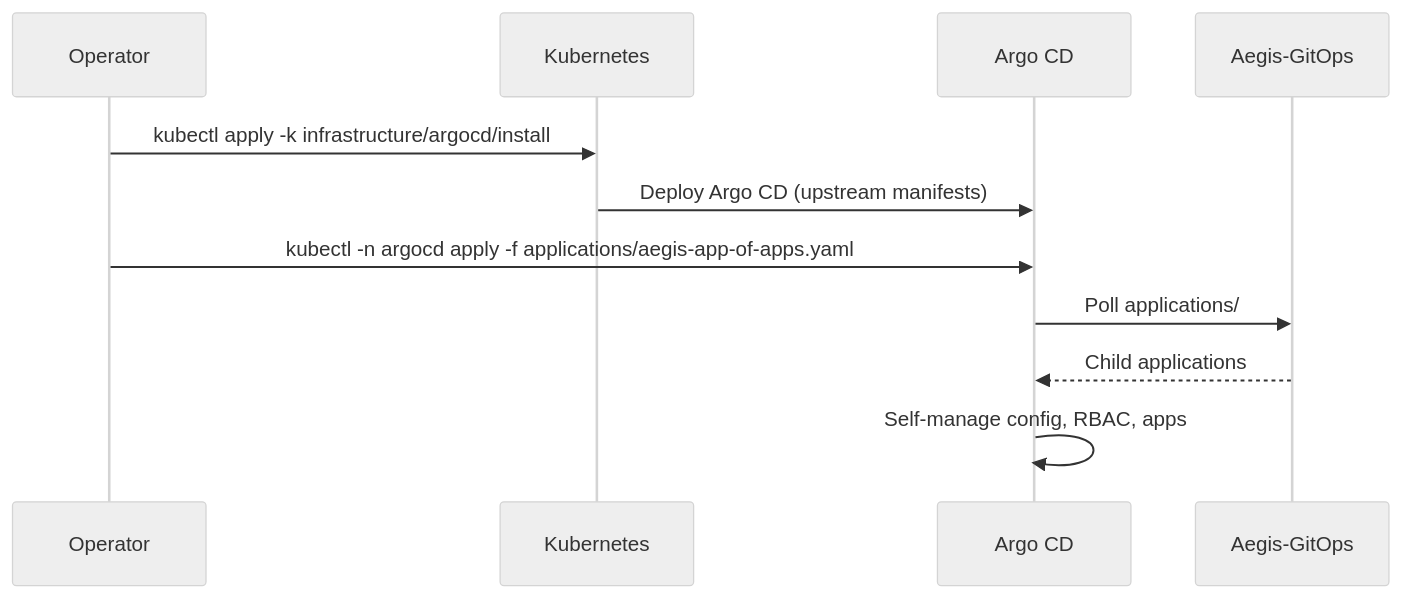
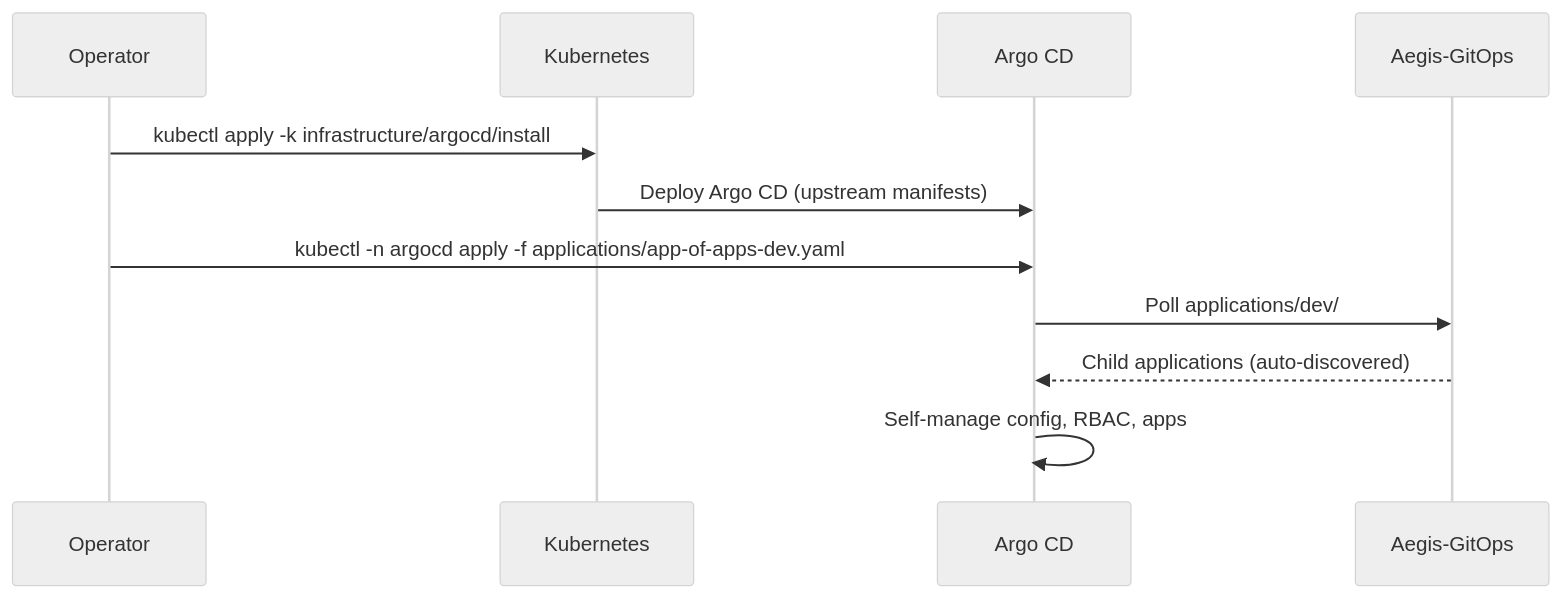
The first of 3 diagrams in docs/obsidian/05 - Infrastructure/Argo CD.md (AlexAlvarezGallardo-GitHub/Aegis), drawn with Mermaid (neutral theme) before and after one commit. The commit also changed other lines of this file and 4 other files, not shown here.

Commit message:
docs(infra): sync obsidian vault with GitOps app-of-apps setup

````diff
--- a/docs/obsidian/05 - Infrastructure/Argo CD.md
+++ b/docs/obsidian/05 - Infrastructure/Argo CD.md
@@ -15,14 +15,14 @@
 ```mermaid
 sequenceDiagram
     participant Ops as Operator
     participant K8s as Kubernetes
     participant Argo as Argo CD
     participant GitOps as Aegis-GitOps
 
     Ops->>K8s: kubectl apply -k infrastructure/argocd/install
     K8s->>Argo: Deploy Argo CD (upstream manifests)
-    Ops->>Argo: kubectl -n argocd apply -f applications/aegis-app-of-apps.yaml
-    Argo->>GitOps: Poll applications/
-    GitOps-->>Argo: Child applications
+    Ops->>Argo: kubectl -n argocd apply -f applications/app-of-apps-dev.yaml
+    Argo->>GitOps: Poll applications/dev/
+    GitOps-->>Argo: Child applications (auto-discovered)
     Argo->>Argo: Self-manage config, RBAC, apps
 ```
````
